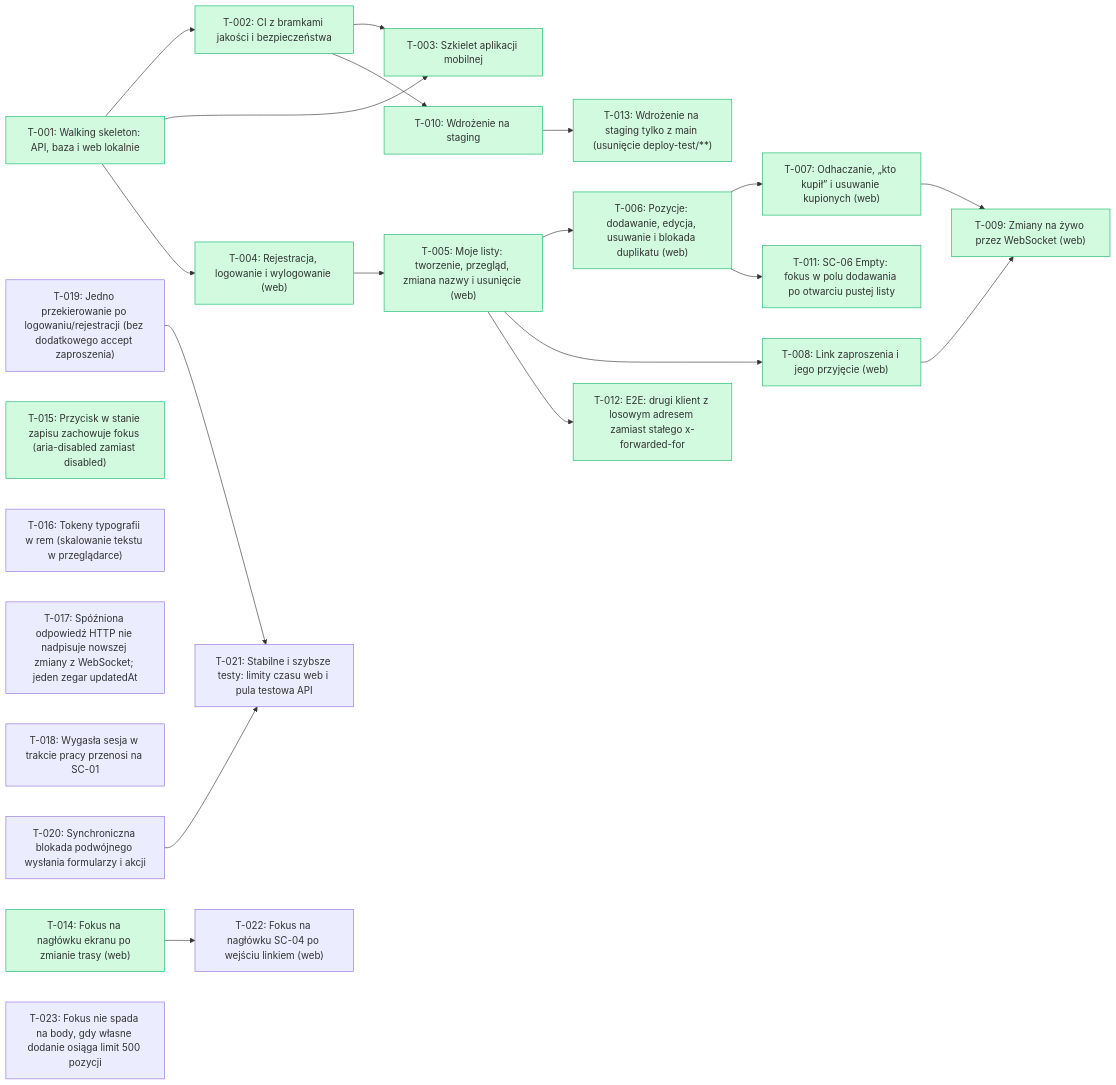
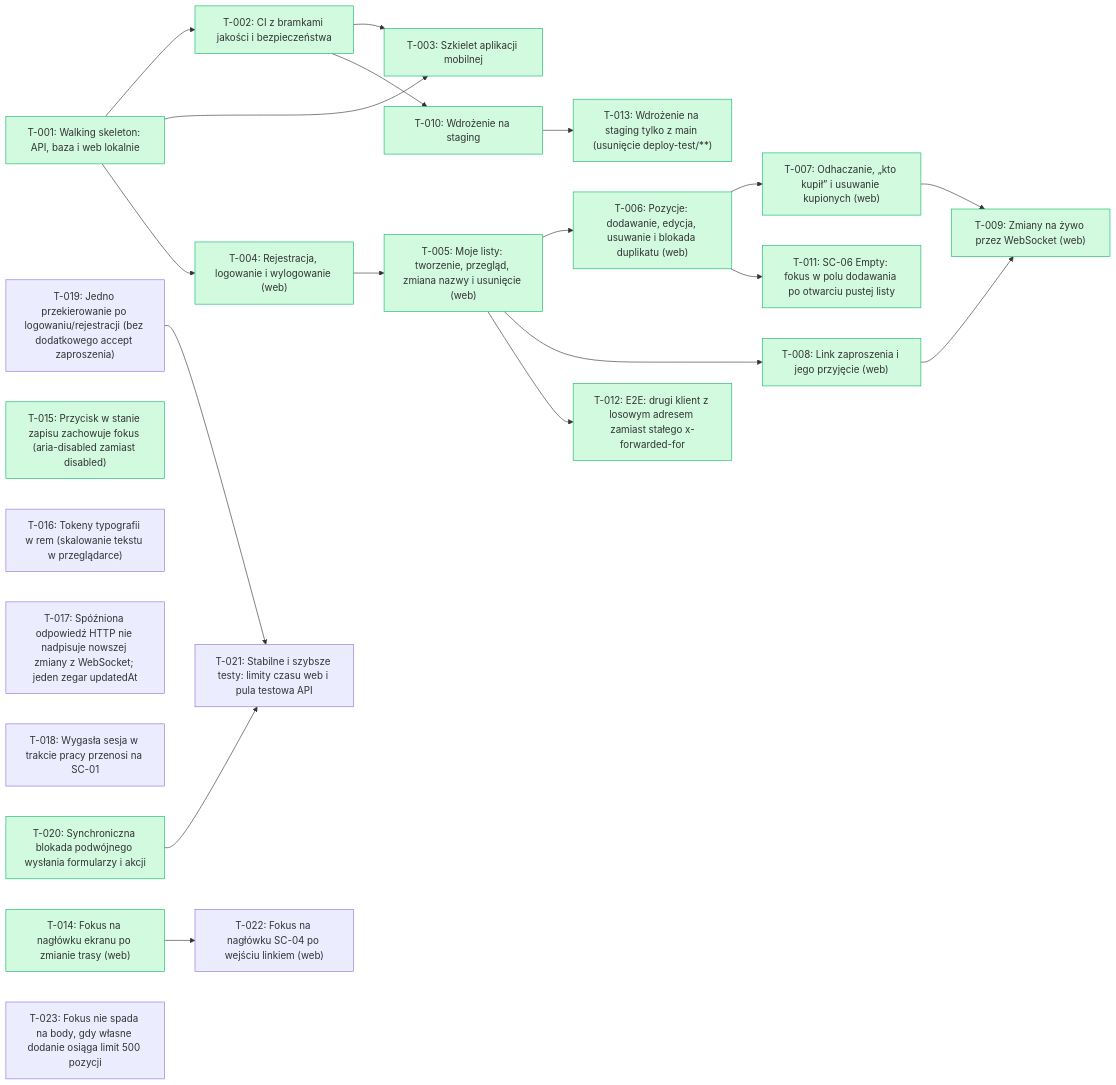
The diagram in docs/backlog/index.md (tombraz/lista-zakupow), drawn with Mermaid before and after one commit. The commit also changed other lines of this file and 1 other file, not shown here.

````diff
--- a/docs/backlog/index.md
+++ b/docs/backlog/index.md
@@ -23,47 +22,47 @@
 ```mermaid
 flowchart LR
   T_001["T-001: Walking skeleton: API, baza i web lokalnie"]:::done
   T_002["T-002: CI z bramkami jakości i bezpieczeństwa"]:::done
   T_003["T-003: Szkielet aplikacji mobilnej"]:::done
   T_004["T-004: Rejestracja, logowanie i wylogowanie (web)"]:::done
   T_005["T-005: Moje listy: tworzenie, przegląd, zmiana nazwy i usunięcie (web)"]:::done
   T_006["T-006: Pozycje: dodawanie, edycja, usuwanie i blokada duplikatu (web)"]:::done
   T_007["T-007: Odhaczanie, „kto kupił” i usuwanie kupionych (web)"]:::done
   T_008["T-008: Link zaproszenia i jego przyjęcie (web)"]:::done
   T_009["T-009: Zmiany na żywo przez WebSocket (web)"]:::done
   T_010["T-010: Wdrożenie na staging"]:::done
   T_011["T-011: SC-06 Empty: fokus w polu dodawania po otwarciu pustej listy"]:::done
   T_012["T-012: E2E: drugi klient z losowym adresem zamiast stałego x-forwarded-for"]:::done
   T_013["T-013: Wdrożenie na staging tylko z main (usunięcie deploy-test/**)"]:::done
   T_014["T-014: Fokus na nagłówku ekranu po zmianie trasy (web)"]:::done
   T_015["T-015: Przycisk w stanie zapisu zachowuje fokus (aria-disabled zamiast disabled)"]:::done
   T_016["T-016: Tokeny typografii w rem (skalowanie tekstu w przeglądarce)"]
   T_017["T-017: Spóźniona odpowiedź HTTP nie nadpisuje nowszej zmiany z WebSocket; jeden zegar updatedAt"]
   T_018["T-018: Wygasła sesja w trakcie pracy przenosi na SC-01"]
   T_019["T-019: Jedno przekierowanie po logowaniu/rejestracji (bez dodatkowego accept zaproszenia)"]
-  T_020["T-020: Synchroniczna blokada podwójnego wysłania formularzy i akcji"]
+  T_020["T-020: Synchroniczna blokada podwójnego wysłania formularzy i akcji"]:::done
   T_021["T-021: Stabilne i szybsze testy: limity czasu web i pula testowa API"]
   T_022["T-022: Fokus na nagłówku SC-04 po wejściu linkiem (web)"]
   T_023["T-023: Fokus nie spada na body, gdy własne dodanie osiąga limit 500 pozycji"]
   T_001 --> T_002
   T_001 --> T_003
   T_002 --> T_003
   T_001 --> T_004
   T_004 --> T_005
   T_005 --> T_006
   T_006 --> T_007
   T_005 --> T_008
   T_007 --> T_009
   T_008 --> T_009
   T_002 --> T_010
   T_006 --> T_011
   T_005 --> T_012
   T_010 --> T_013
   T_019 --> T_021
   T_020 --> T_021
   T_014 --> T_022
   classDef done fill:#d1fadf,stroke:#12b76a
   classDef wip fill:#fef0c7,stroke:#f79009
   classDef qa fill:#e0eaff,stroke:#2970ff
   classDef blocked fill:#fee4e2,stroke:#f04438
 ```
````
